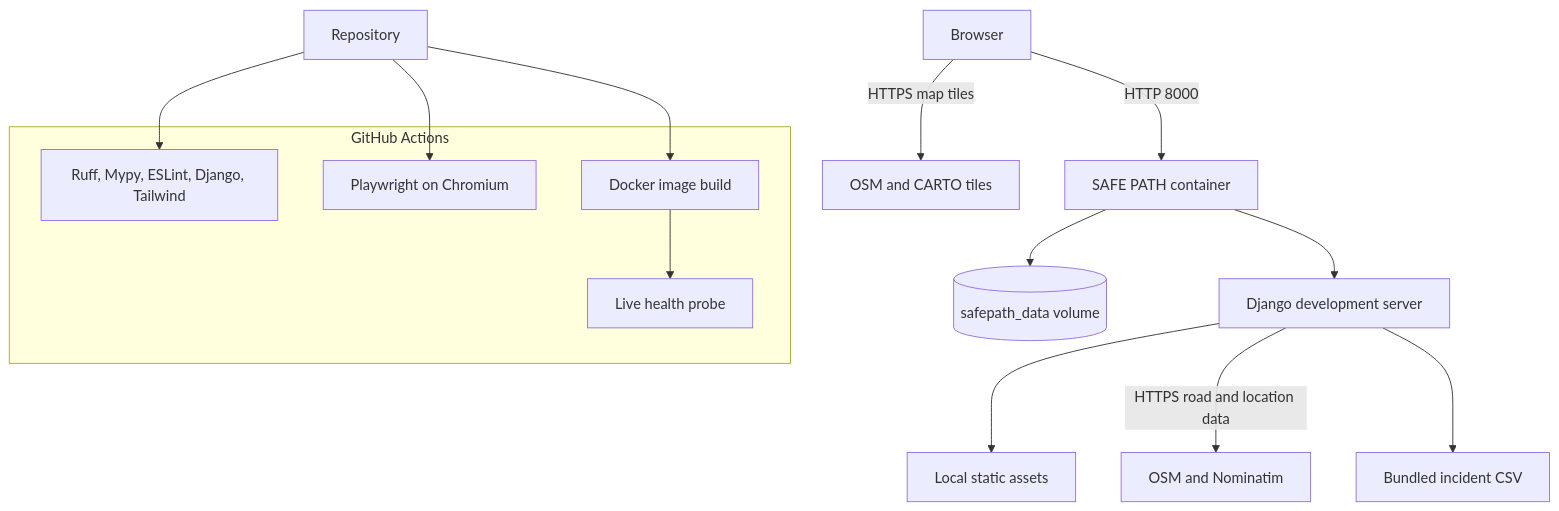
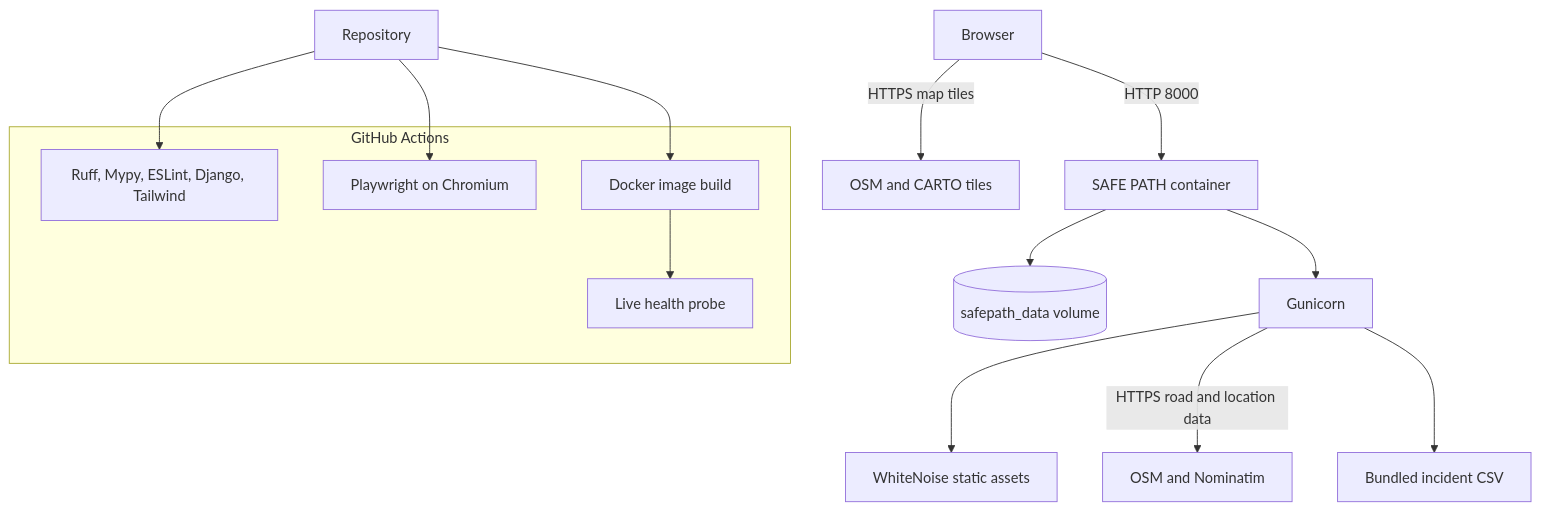
Before and after one commit to K2K22K2K22/SafePath: the sixth of 6 diagrams in docs/ARCHITECTURE.md, drawn with Mermaid. The commit also changed other lines of this file and 9 other files, not shown here.

````diff
--- a/docs/ARCHITECTURE.md
+++ b/docs/ARCHITECTURE.md
@@ -317,22 +317,22 @@
 ```mermaid
 flowchart TB
     Client[Browser] -->|HTTP 8000| Container[SAFE PATH container]
     Client -->|HTTPS map tiles| Tiles[OSM and CARTO tiles]
-    Container --> Django[Django development server]
-    Django --> Static[Local static assets]
+    Container --> Django[Gunicorn]
+    Django --> Static[WhiteNoise static assets]
     Django -->|HTTPS road and location data| External[OSM and Nominatim]
     Django --> CSV[Bundled incident CSV]
     Container --> Database[(safepath_data volume)]
 
     subgraph CI[GitHub Actions]
         Quality[Ruff, Mypy, ESLint, Django, Tailwind]
         Browser[Playwright on Chromium]
         Image[Docker image build]
         Probe[Live health probe]
     end
 
     Repo[Repository] --> Quality
     Repo --> Browser
     Repo --> Image
     Image --> Probe
 ```
````
